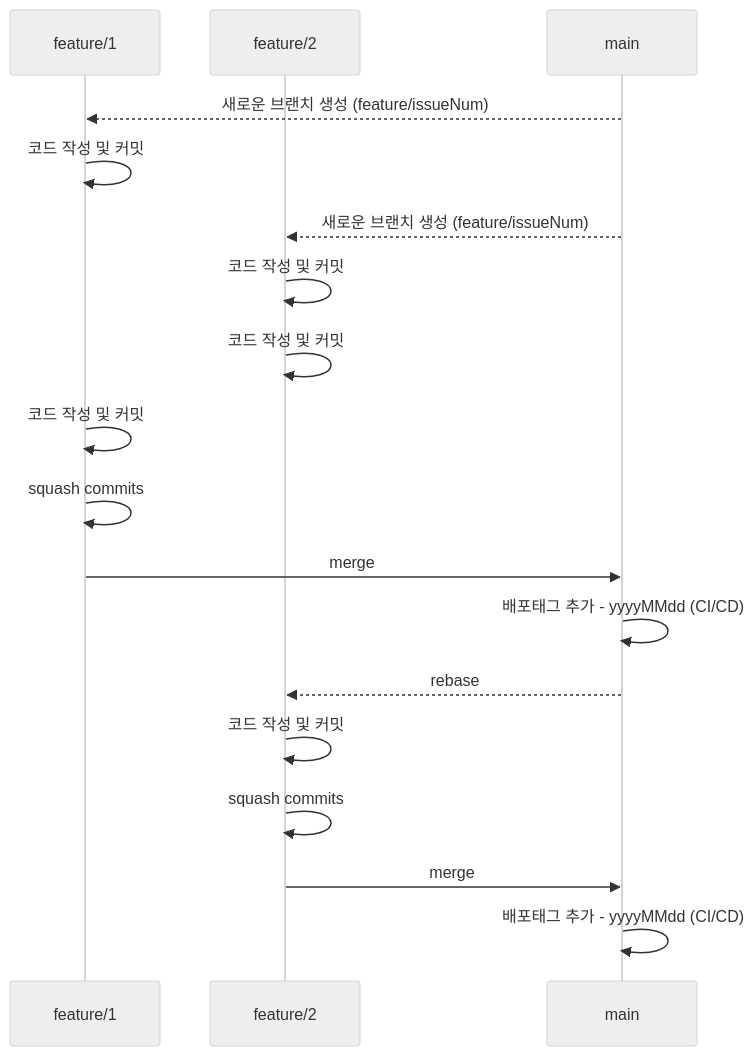
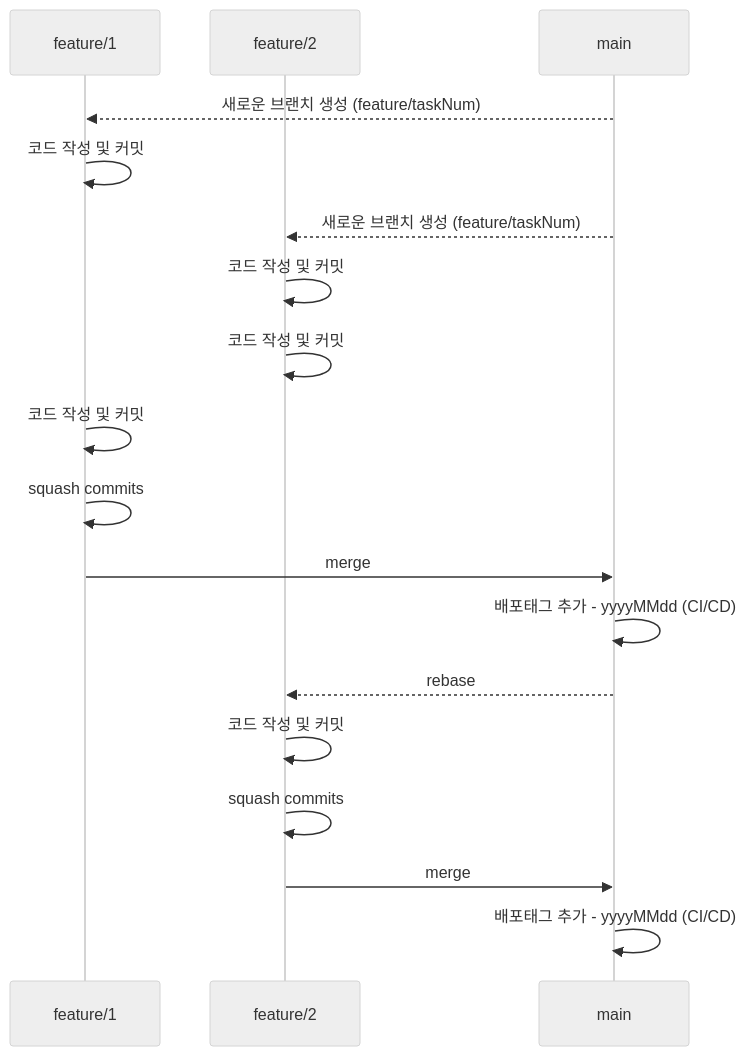
Before and after one commit to eul-lab/.github: the diagram in docs/협업전략.md, drawn with Mermaid (neutral theme). The commit also changed other lines of this file, not shown here.

````diff
--- a/docs/협업전략.md
+++ b/docs/협업전략.md
@@ -11,21 +13,21 @@
 ```mermaid
 sequenceDiagram
     participant feature/1
     participant feature/2
     participant main
 
-    main-->>feature/1: 새로운 브랜치 생성 (feature/issueNum)
+    main-->>feature/1: 새로운 브랜치 생성 (feature/taskNum)
     feature/1->>feature/1: 코드 작성 및 커밋
-    main-->>feature/2: 새로운 브랜치 생성 (feature/issueNum)
+    main-->>feature/2: 새로운 브랜치 생성 (feature/taskNum)
     feature/2->>feature/2: 코드 작성 및 커밋
     feature/2->>feature/2: 코드 작성 및 커밋
     feature/1->>feature/1: 코드 작성 및 커밋
     feature/1->>feature/1: squash commits
     feature/1->>main: merge
     main->>main: 배포태그 추가 - yyyyMMdd (CI/CD)
     main-->>feature/2: rebase
     feature/2->>feature/2: 코드 작성 및 커밋
     feature/2->>feature/2: squash commits
     feature/2->>main: merge
     main->>main: 배포태그 추가 - yyyyMMdd (CI/CD)
 ```
````
